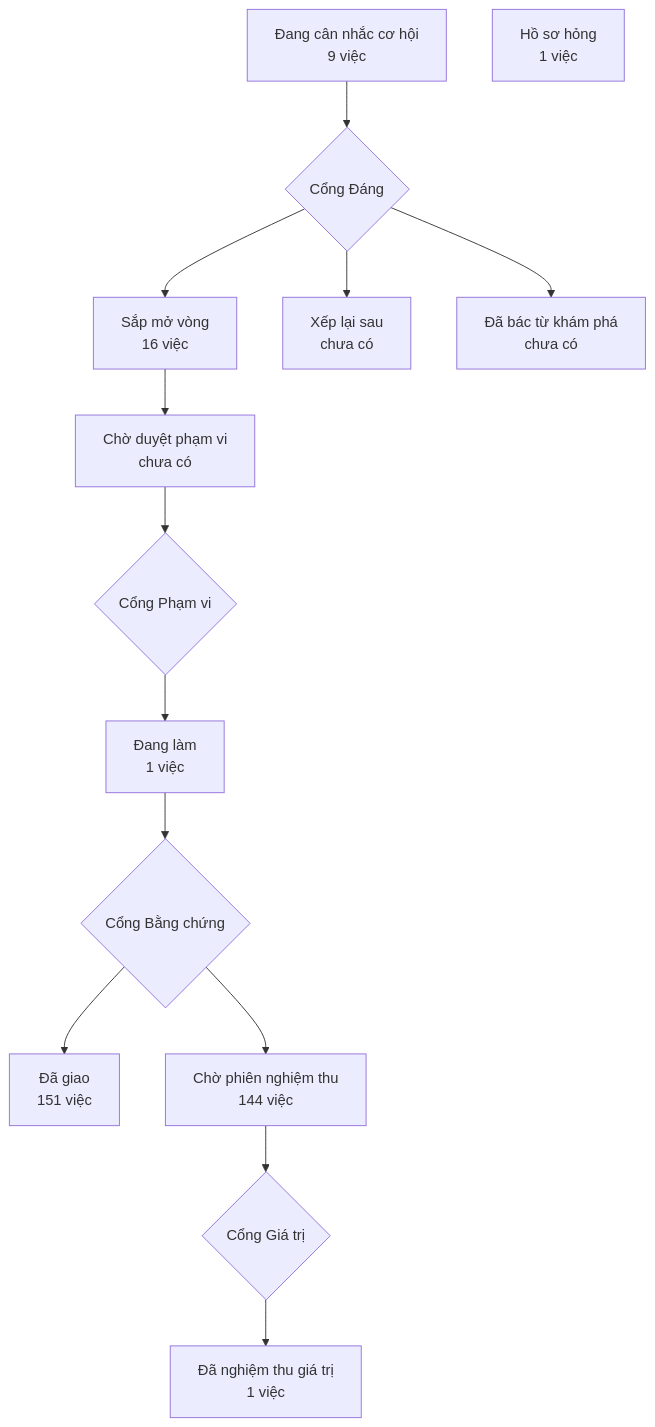
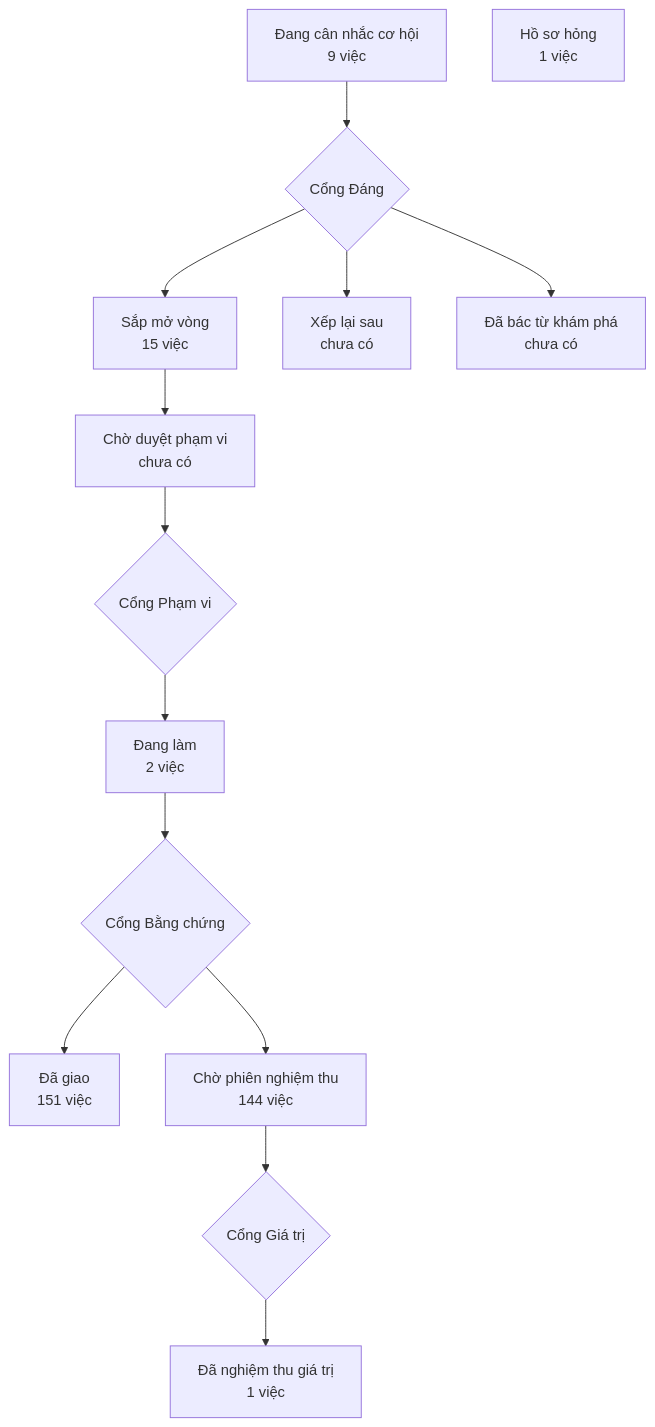
Before and after one commit to phanlemanh/crm-onehub: the diagram in PRODUCT-MAP.md, drawn with Mermaid. The commit also changed other lines of this file and 5 other files, not shown here.

````diff
--- a/PRODUCT-MAP.md
+++ b/PRODUCT-MAP.md
@@ -7,13 +7,13 @@
 ```mermaid
 flowchart TD
   A["Đang cân nhắc cơ hội<br/>9 việc"] --> GD{"Cổng Đáng"}
-  GD --> B["Sắp mở vòng<br/>16 việc"]
+  GD --> B["Sắp mở vòng<br/>15 việc"]
   GD --> XL["Xếp lại sau<br/>chưa có"]
   GD --> DB["Đã bác từ khám phá<br/>chưa có"]
   B --> CD["Chờ duyệt phạm vi<br/>chưa có"] --> GP{"Cổng Phạm vi"}
-  GP --> DL["Đang làm<br/>1 việc"] --> GB{"Cổng Bằng chứng"}
+  GP --> DL["Đang làm<br/>2 việc"] --> GB{"Cổng Bằng chứng"}
   GB --> DG["Đã giao<br/>151 việc"]
   GB --> CN["Chờ phiên nghiệm thu<br/>144 việc"] --> GG{"Cổng Giá trị"}
   GG --> NT["Đã nghiệm thu giá trị<br/>1 việc"]
   HS["Hồ sơ hỏng<br/>1 việc"]
 ```
````
